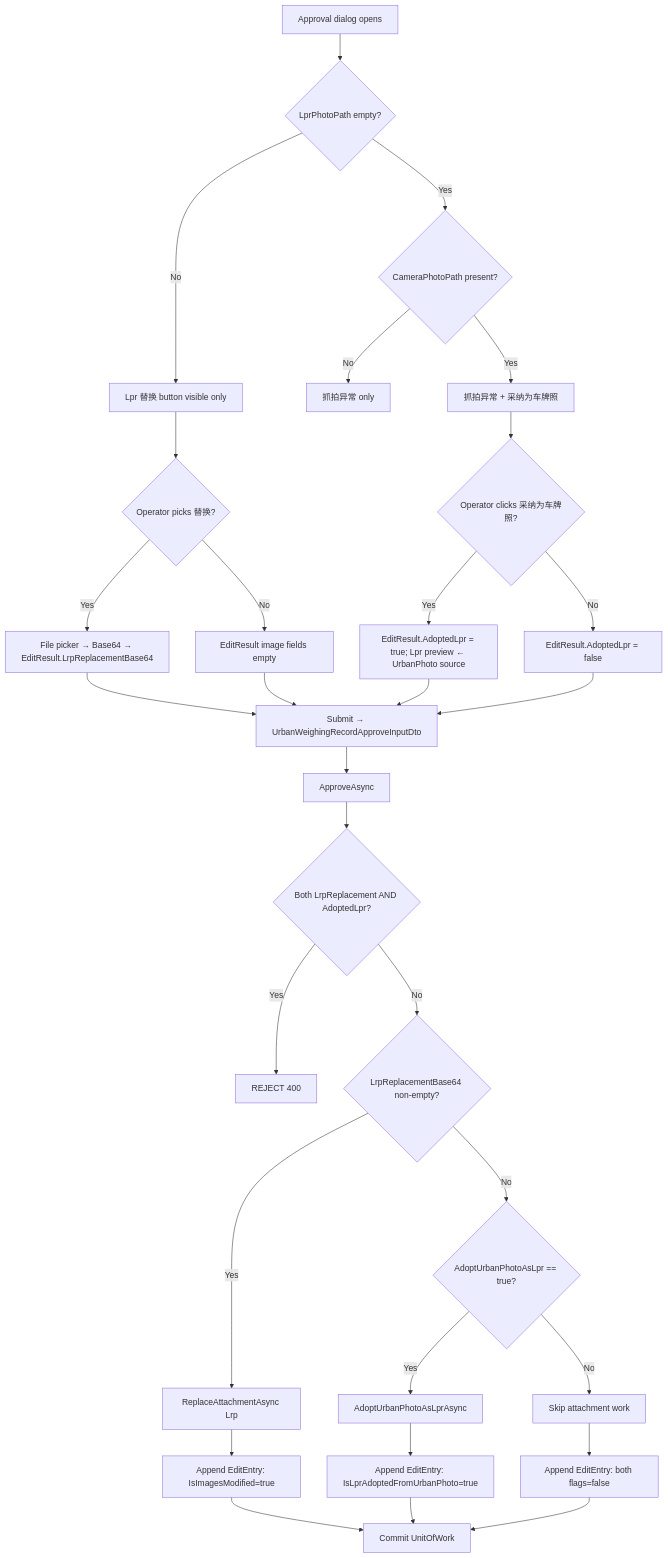
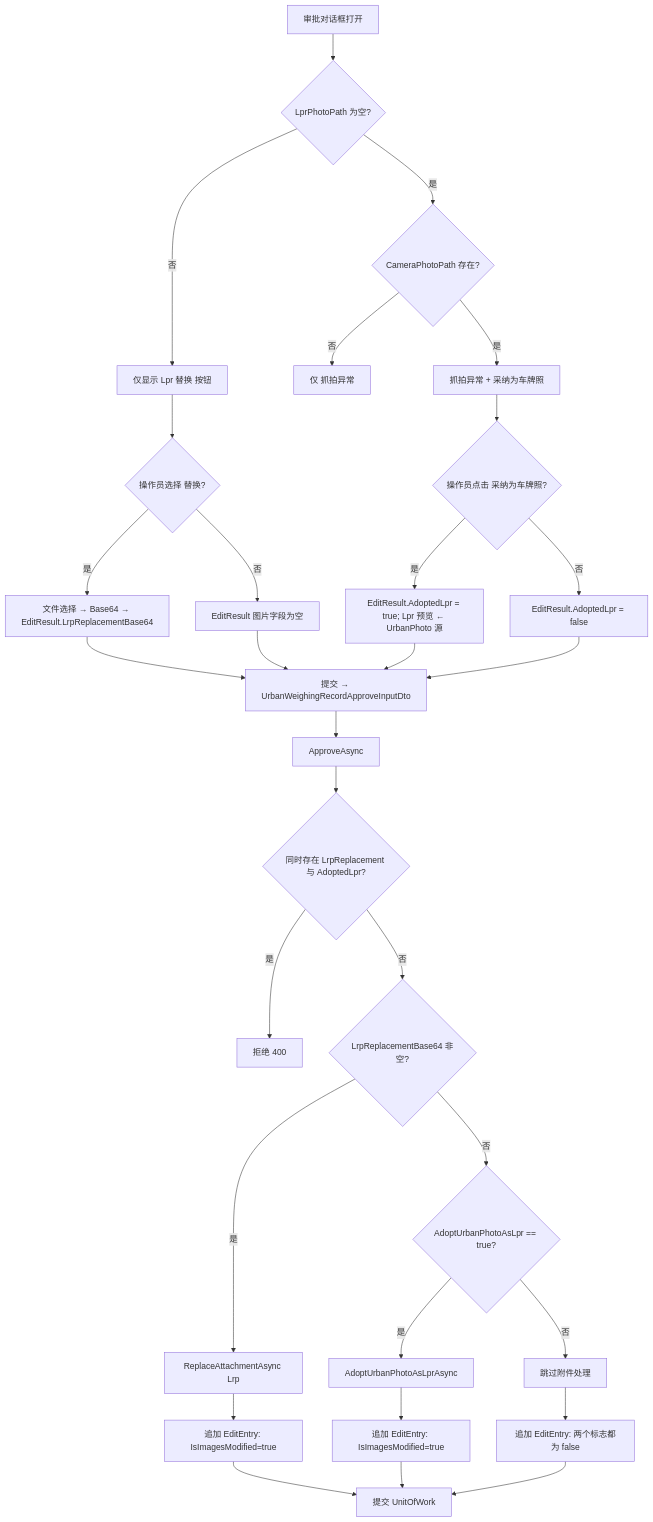
Before and after one commit to feewillowherb/MaterialMonospec: the first of 4 diagrams in openspec/changes/modify-lpr-photo-replacement-rules/design.md, drawn with Mermaid. The commit also changed other lines of this file and 2 other files, not shown here.

First line of the commit message:
docs(openspec): refine modify-lpr-photo-replacement-rules change proposal

````diff
--- a/openspec/changes/modify-lpr-photo-replacement-rules/design.md
+++ b/openspec/changes/modify-lpr-photo-replacement-rules/design.md
@@ -105,38 +105,38 @@
 ```mermaid
 flowchart TD
-    A[Approval dialog opens] --> B{LprPhotoPath empty?}
-    B -->|No| C[Lpr 替换 button visible only]
-    B -->|Yes| D{CameraPhotoPath present?}
-    D -->|No| E[抓拍异常 only]
-    D -->|Yes| F[抓拍异常 + 采纳为车牌照]
+    A[审批对话框打开] --> B{LprPhotoPath 为空?}
+    B -->|否| C[仅显示 Lpr 替换 按钮]
+    B -->|是| D{CameraPhotoPath 存在?}
+    D -->|否| E[仅 抓拍异常]
+    D -->|是| F[抓拍异常 + 采纳为车牌照]
 
-    C --> G{Operator picks 替换?}
-    G -->|Yes| H[File picker → Base64 → EditResult.LrpReplacementBase64]
-    G -->|No| I[EditResult image fields empty]
+    C --> G{操作员选择 替换?}
+    G -->|是| H[文件选择 → Base64 → EditResult.LrpReplacementBase64]
+    G -->|否| I[EditResult 图片字段为空]
 
-    F --> J{Operator clicks 采纳为车牌照?}
-    J -->|Yes| K[EditResult.AdoptedLpr = true; Lpr preview ← UrbanPhoto source]
-    J -->|No| L[EditResult.AdoptedLpr = false]
+    F --> J{操作员点击 采纳为车牌照?}
+    J -->|是| K[EditResult.AdoptedLpr = true; Lpr 预览 ← UrbanPhoto 源]
+    J -->|否| L[EditResult.AdoptedLpr = false]
 
-    H --> M[Submit → UrbanWeighingRecordApproveInputDto]
+    H --> M[提交 → UrbanWeighingRecordApproveInputDto]
     I --> M
     K --> M
     L --> M
 
     M --> N[ApproveAsync]
-    N --> O{Both LrpReplacement AND AdoptedLpr?}
-    O -->|Yes| P[REJECT 400]
-    O -->|No| Q{LrpReplacementBase64 non-empty?}
-    Q -->|Yes| R[ReplaceAttachmentAsync Lrp]
-    Q -->|No| S{AdoptUrbanPhotoAsLpr == true?}
-    S -->|Yes| T[AdoptUrbanPhotoAsLprAsync]
-    S -->|No| U[Skip attachment work]
+    N --> O{同时存在 LrpReplacement 与 AdoptedLpr?}
+    O -->|是| P[拒绝 400]
+    O -->|否| Q{LrpReplacementBase64 非空?}
+    Q -->|是| R[ReplaceAttachmentAsync Lrp]
+    Q -->|否| S{AdoptUrbanPhotoAsLpr == true?}
+    S -->|是| T[AdoptUrbanPhotoAsLprAsync]
+    S -->|否| U[跳过附件处理]
 
-    R --> V[Append EditEntry: IsImagesModified=true]
-    T --> W[Append EditEntry: IsLprAdoptedFromUrbanPhoto=true]
-    U --> X[Append EditEntry: both flags=false]
+    R --> V[追加 EditEntry: IsImagesModified=true]
+    T --> W[追加 EditEntry: IsImagesModified=true]
+    U --> X[追加 EditEntry: 两个标志都为 false]
 
-    V --> Y[Commit UnitOfWork]
+    V --> Y[提交 UnitOfWork]
     W --> Y
     X --> Y
 ```
````
